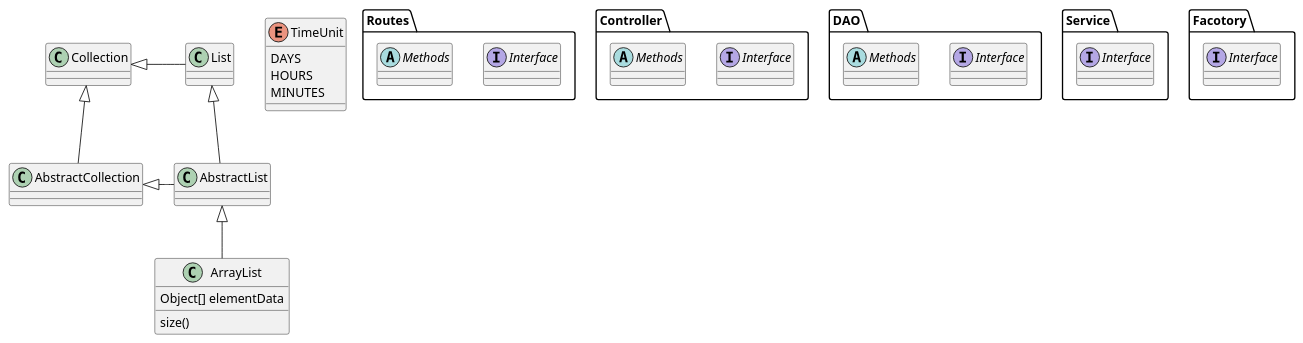
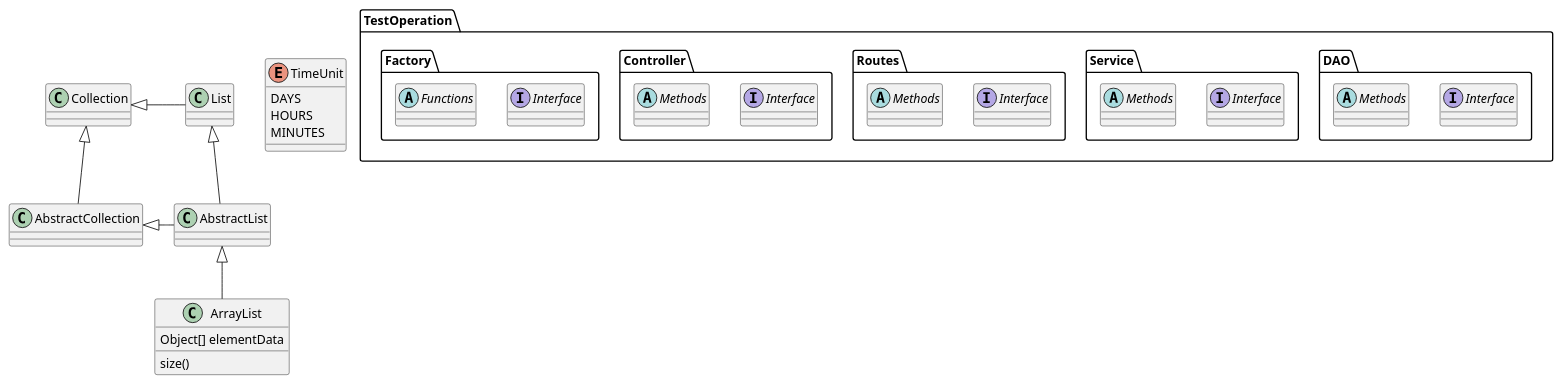
One commit to 73N37/API-Deployment changed the diagram in docs/UML/TestOperation.puml. Above: the diagram before and after it, drawn with PlantUML. The commit also changed 4 other files, not shown here.

Commit message:
added more structure to the diagram

```diff
--- a/docs/UML/TestOperation.puml
+++ b/docs/UML/TestOperation.puml
@@ -1,33 +1,39 @@
 @startuml
 'https://plantuml.com/class-diagram
 
-interface Routes.Interface
-interface Controller.Interface
-interface DAO.Interface
-interface Service.Interface
-interface Facotory.Interface
-abstract class Routes.Methods
-abstract class Controller.Methods
-abstract class DAO.Methods
+interface TestOperation.DAO.Interface
+abstract class TestOperation.DAO.Methods
+
+interface TestOperation.Service.Interface
+abstract class TestOperation.Service.Methods
+
+interface TestOperation.Routes.Interface
+abstract class TestOperation.Routes.Methods
+
+interface TestOperation.Controller.Interface
+abstract class TestOperation.Controller.Methods
+
+interface TestOperation.Factory.Interface
+abstract class TestOperation.Factory.Functions
 
 
 
 List <|-- AbstractList
 Collection <|-- AbstractCollection
 
 Collection <|- List
 AbstractCollection <|- AbstractList
 AbstractList <|-- ArrayList
 
 class ArrayList {
 Object[] elementData
 size()
 }
 
 enum TimeUnit {
 DAYS
 HOURS
 MINUTES
 }
 
 @enduml
```
